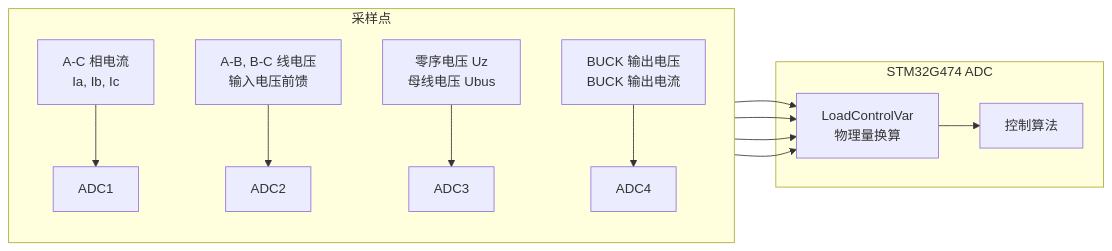
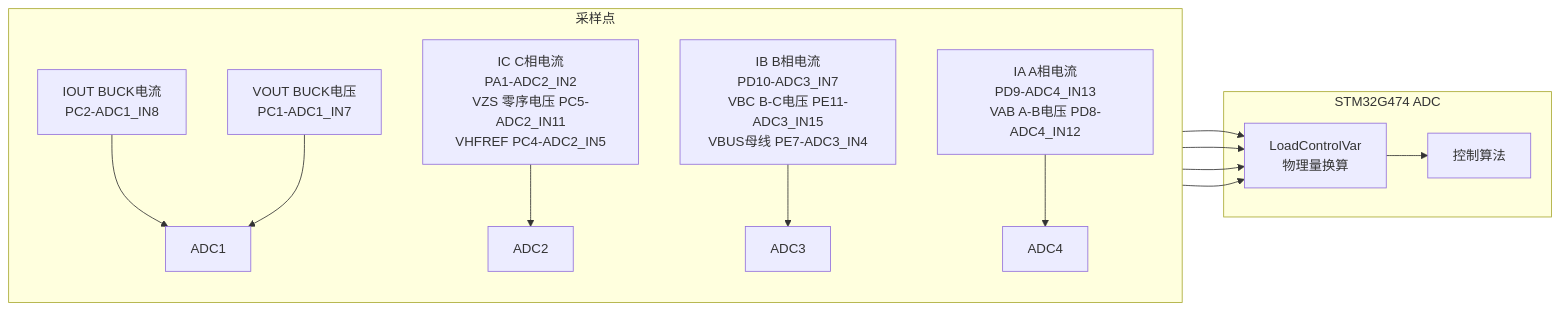
The second of 3 diagrams in NUEDC_2021B/Firmware_0/readme.md (TKWTL/NUEDC_PowerElectronics), drawn with Mermaid before and after one commit. The commit also changed other lines of this file and 14 other files, not shown here.

````diff
--- a/NUEDC_2021B/Firmware_0/readme.md
+++ b/NUEDC_2021B/Firmware_0/readme.md
@@ -120,17 +120,18 @@
 ```mermaid
 flowchart LR
     subgraph 采样点
         direction TB
-        A1["A-C 相电流<br>Ia, Ib, Ic"] --> ADC1
-        A2["A-B, B-C 线电压<br>输入电压前馈"] --> ADC2
-        A3["零序电压 Uz<br>母线电压 Ubus"] --> ADC3
-        A4["BUCK 输出电压<br>BUCK 输出电流"] --> ADC4
+        A1["IOUT BUCK电流<br>PC2-ADC1_IN8"] --> ADC1
+        A2["VOUT BUCK电压<br>PC1-ADC1_IN7"] --> ADC1
+        B1["IC C相电流<br>PA1-ADC2_IN2<br>VZS 零序电压 PC5-ADC2_IN11<br>VHFREF PC4-ADC2_IN5"] --> ADC2
+        C1["IB B相电流<br>PD10-ADC3_IN7<br>VBC B-C电压 PE11-ADC3_IN15<br>VBUS母线 PE7-ADC3_IN4"] --> ADC3
+        D1["IA A相电流<br>PD9-ADC4_IN13<br>VAB A-B电压 PD8-ADC4_IN12"] --> ADC4
     end
     subgraph STM32G474 ADC
         ADC1 --> C[LoadControlVar<br>物理量换算]
         ADC2 --> C
         ADC3 --> C
         ADC4 --> C
         C --> D[控制算法]
     end
 ```
````
